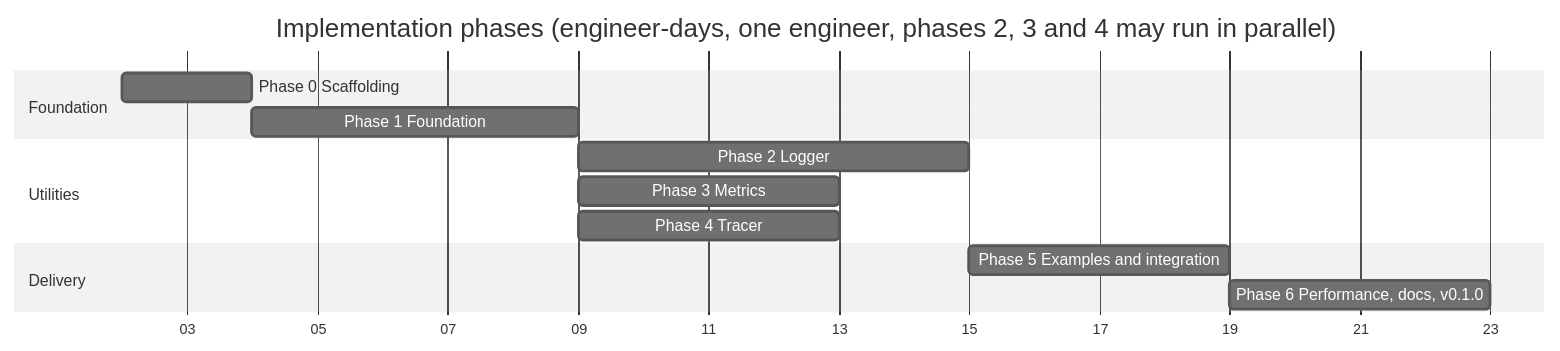
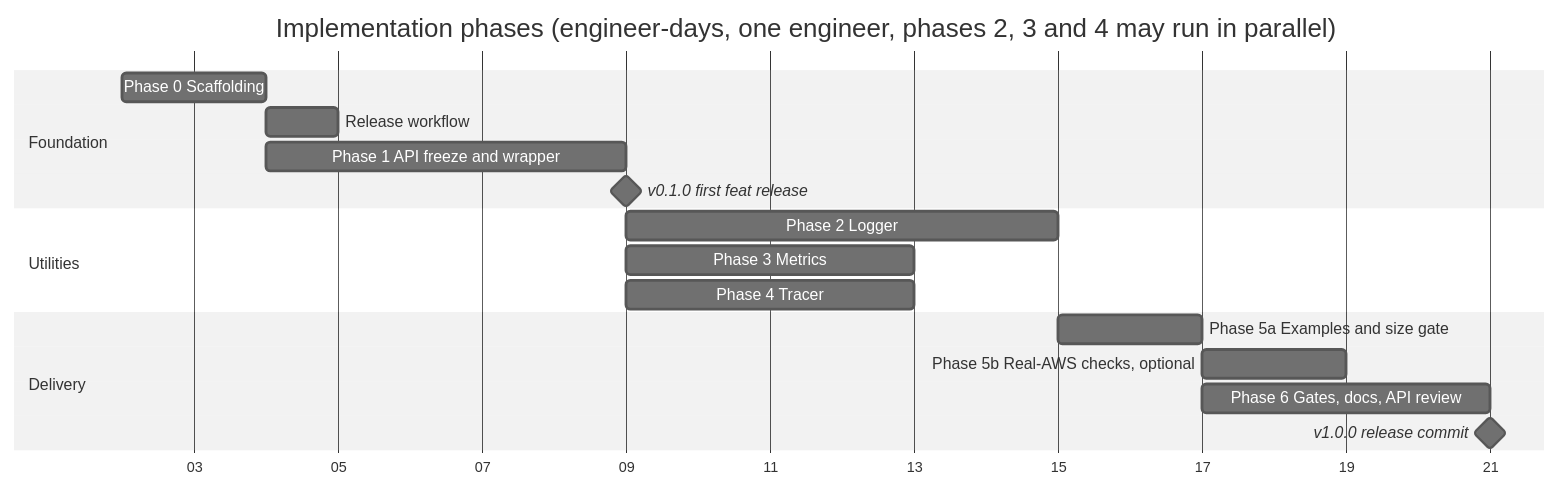
Before and after one commit to christiangda/powertools-lambda-go-plan: the first of 2 diagrams in 07-roadmap.md, drawn with Mermaid (neutral theme). The commit also changed other lines of this file and 11 other files, not shown here.

````diff
--- a/07-roadmap.md
+++ b/07-roadmap.md
@@ -7,16 +7,20 @@
 ```mermaid
 gantt
   title Implementation phases (engineer-days, one engineer, phases 2, 3 and 4 may run in parallel)
   dateFormat YYYY-MM-DD
   axisFormat %d
   section Foundation
-    Phase 0 Scaffolding          :p0, 2026-11-02, 2d
-    Phase 1 Foundation           :p1, after p0, 5d
+    Phase 0 Scaffolding               :p0, 2026-11-02, 2d
+    Release workflow                  :rw, after p0, 1d
+    Phase 1 API freeze and wrapper    :p1, after p0, 5d
+    v0.1.0 first feat release         :milestone, m01, after p1, 0d
   section Utilities
-    Phase 2 Logger               :p2, after p1, 6d
-    Phase 3 Metrics              :p3, after p1, 4d
-    Phase 4 Tracer               :p4, after p1, 4d
+    Phase 2 Logger                    :p2, after p1, 6d
+    Phase 3 Metrics                   :p3, after p1, 4d
+    Phase 4 Tracer                    :p4, after p1, 4d
   section Delivery
-    Phase 5 Examples and integration :p5, after p2, 4d
-    Phase 6 Performance, docs, v0.1.0 :p6, after p5, 4d
+    Phase 5a Examples and size gate   :p5a, after p2, 2d
+    Phase 5b Real-AWS checks, optional :p5b, after p5a, 2d
+    Phase 6 Gates, docs, API review   :p6, after p5a, 4d
+    v1.0.0 release commit             :milestone, m10, after p6, 0d
 ```
````
